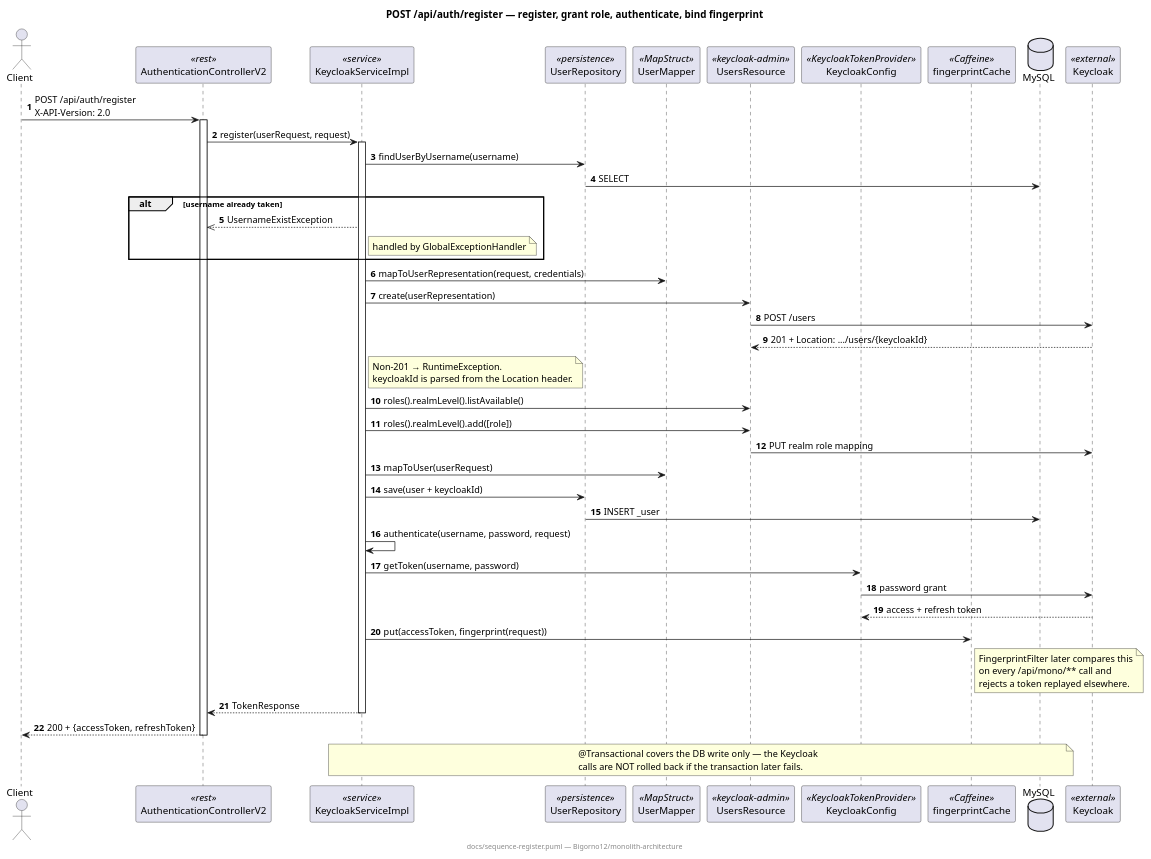
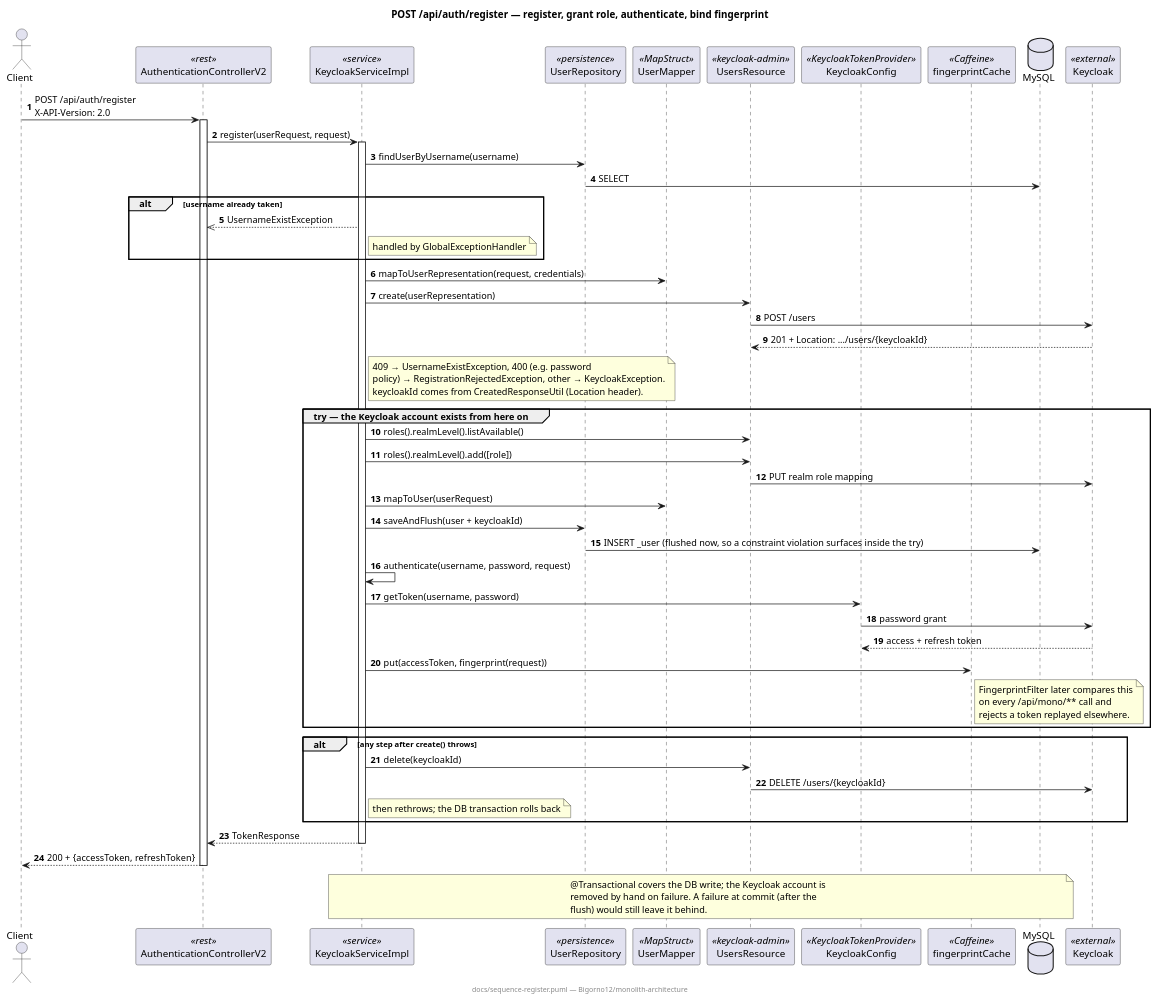
The diagram in docs/sequence-register.puml (Bigorno12/monolith-architecture), drawn with PlantUML before and after one commit. The commit also changed 22 other files, not shown here.

```diff
--- a/docs/sequence-register.puml
+++ b/docs/sequence-register.puml
@@ -1,71 +1,82 @@
 @startuml sequence-register
 ' Hand-maintained. Source of truth = AuthenticationControllerV2.kt + KeycloakServiceImpl.java
 title POST /api/auth/register — register, grant role, authenticate, bind fingerprint
 
 autonumber
 skinparam responseMessageBelowArrow true
 
 actor Client
 participant "AuthenticationControllerV2" as C <<rest>>
 participant "KeycloakServiceImpl" as S <<service>>
 participant "UserRepository" as R <<persistence>>
 participant "UserMapper" as M <<MapStruct>>
 participant "UsersResource" as KCA <<keycloak-admin>>
 participant "KeycloakConfig" as KTP <<KeycloakTokenProvider>>
 participant "fingerprintCache" as FC <<Caffeine>>
 database MySQL
 participant Keycloak <<external>>
 
 Client -> C : POST /api/auth/register\nX-API-Version: 2.0
 activate C
 C -> S : register(userRequest, request)
 activate S
 
 S -> R : findUserByUsername(username)
 R -> MySQL : SELECT
 alt username already taken
   S -->> C : UsernameExistException
   note right of S : handled by GlobalExceptionHandler
 end
 
 S -> M : mapToUserRepresentation(request, credentials)
 S -> KCA : create(userRepresentation)
 KCA -> Keycloak : POST /users
 Keycloak --> KCA : 201 + Location: .../users/{keycloakId}
 note right of S
-  Non-201 → RuntimeException.
-  keycloakId is parsed from the Location header.
+  409 → UsernameExistException, 400 (e.g. password
+  policy) → RegistrationRejectedException, other → KeycloakException.
+  keycloakId comes from CreatedResponseUtil (Location header).
 end note
+
+group try — the Keycloak account exists from here on
 
 S -> KCA : roles().realmLevel().listAvailable()
 S -> KCA : roles().realmLevel().add([role])
 KCA -> Keycloak : PUT realm role mapping
 
 S -> M : mapToUser(userRequest)
-S -> R : save(user + keycloakId)
-R -> MySQL : INSERT _user
+S -> R : saveAndFlush(user + keycloakId)
+R -> MySQL : INSERT _user (flushed now, so a constraint violation surfaces inside the try)
 
 S -> S : authenticate(username, password, request)
 S -> KTP : getToken(username, password)
 KTP -> Keycloak : password grant
 Keycloak --> KTP : access + refresh token
 
 S -> FC : put(accessToken, fingerprint(request))
 note right of FC
   FingerprintFilter later compares this
   on every /api/mono/** call and
   rejects a token replayed elsewhere.
 end note
+end
+
+alt any step after create() throws
+  S -> KCA : delete(keycloakId)
+  KCA -> Keycloak : DELETE /users/{keycloakId}
+  note right of S : then rethrows; the DB transaction rolls back
+end
 
 S --> C : TokenResponse
 deactivate S
 C --> Client : 200 + {accessToken, refreshToken}
 deactivate C
 
 note over S, MySQL
-  @Transactional covers the DB write only — the Keycloak
-  calls are NOT rolled back if the transaction later fails.
+  @Transactional covers the DB write; the Keycloak account is
+  removed by hand on failure. A failure at commit (after the
+  flush) would still leave it behind.
 end note
 
 footer docs/sequence-register.puml — Bigorno12/monolith-architecture
 @enduml
```
